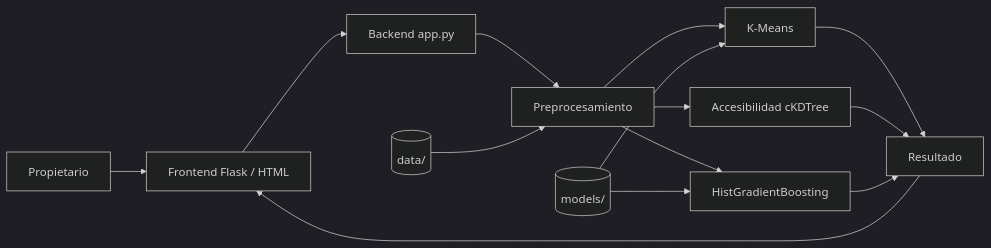
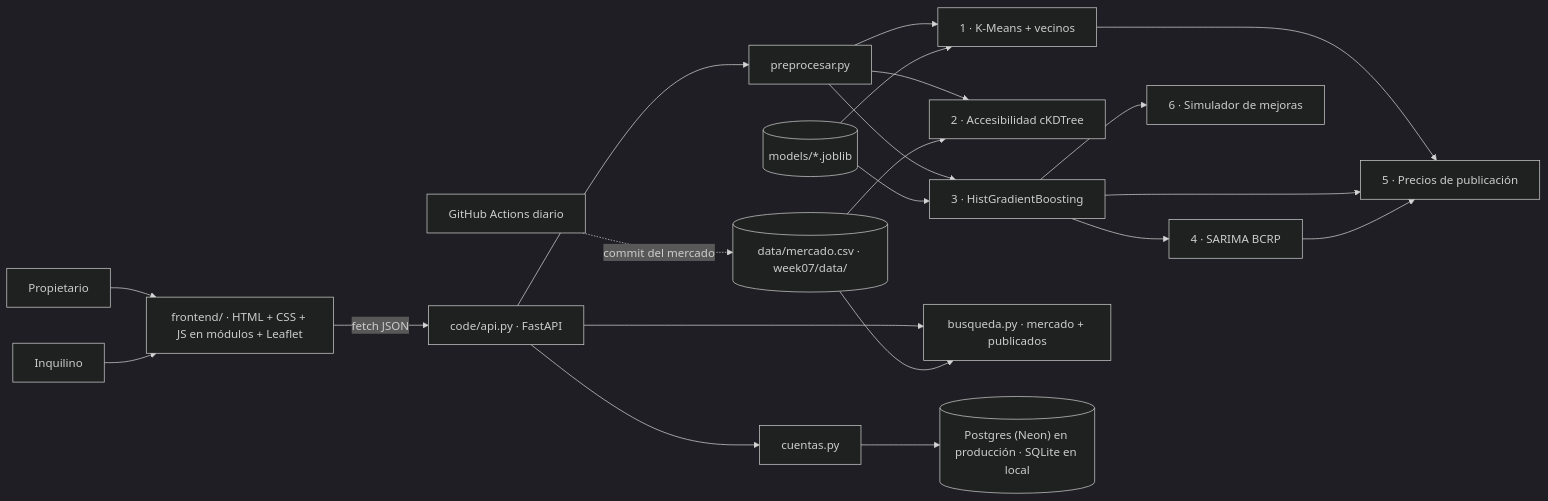
Before and after one commit to Luciana-y/DepaRent: the diagram in deliveries/week10/PrototypeReport.md, drawn with Mermaid (dark theme). The commit also changed other lines of this file and 5 other files, not shown here.

First line of the commit message:
docs(week10): completar el reporte del prototipo, la URL desplegada y las capturas nuevas

````diff
--- a/deliveries/week10/PrototypeReport.md
+++ b/deliveries/week10/PrototypeReport.md
@@ -19,16 +46,19 @@
 ```mermaid
 flowchart LR
-    U[Propietario] --> F[Frontend Flask / HTML]
-    F --> B[Backend app.py]
-    B --> P[Preprocesamiento]
-    P --> M1[K-Means]
-    P --> M2[Accesibilidad cKDTree]
-    P --> M3[HistGradientBoosting]
-    D[(data/)] --> P
-    MD[(models/)] --> M1
-    MD --> M3
-    M1 --> R[Resultado]
-    M2 --> R
-    M3 --> R
-    R --> F
+    P[Propietario] --> F
+    I[Inquilino] --> F
+    F["frontend/ · HTML + CSS + JS en módulos + Leaflet"] -- fetch JSON --> A["code/api.py · FastAPI"]
+    A --> PRE[preprocesar.py]
+    PRE --> M1[1 · K-Means + vecinos]
+    PRE --> M2[2 · Accesibilidad cKDTree]
+    PRE --> M3[3 · HistGradientBoosting]
+    M3 --> M4[4 · SARIMA BCRP]
+    M1 & M3 & M4 --> M5[5 · Precios de publicación]
+    M3 --> M6[6 · Simulador de mejoras]
+    A --> B[busqueda.py · mercado + publicados]
+    A --> C[cuentas.py]
+    C --> DB[("Postgres (Neon) en producción · SQLite en local")]
+    MOD[("models/*.joblib")] --> M1 & M3
+    DAT[("data/mercado.csv · week07/data/")] --> B & M2
+    GH[GitHub Actions diario] -. commit del mercado .-> DAT
 ```
````
